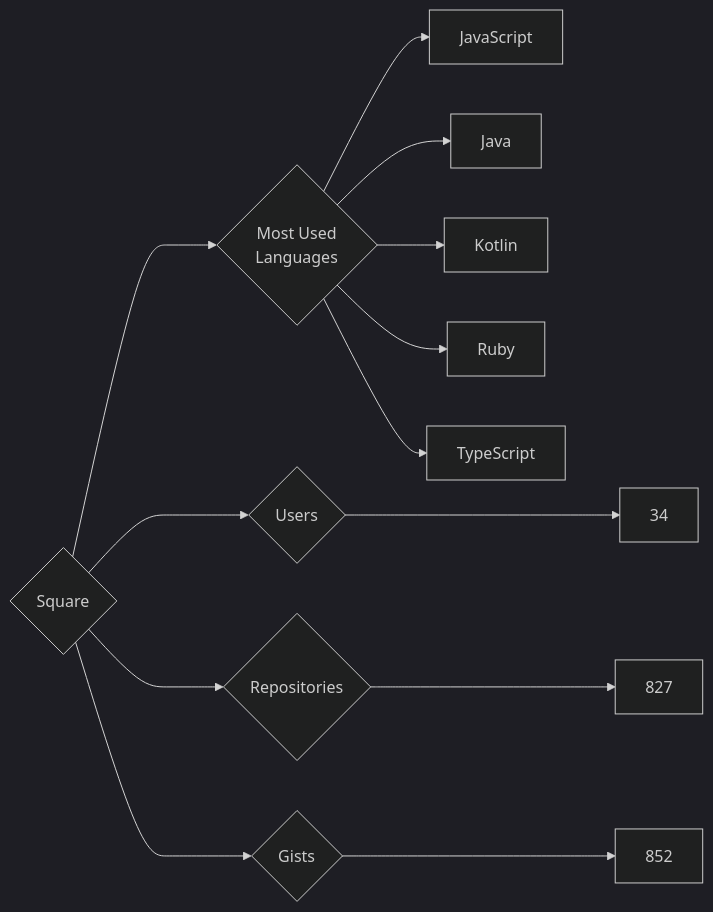
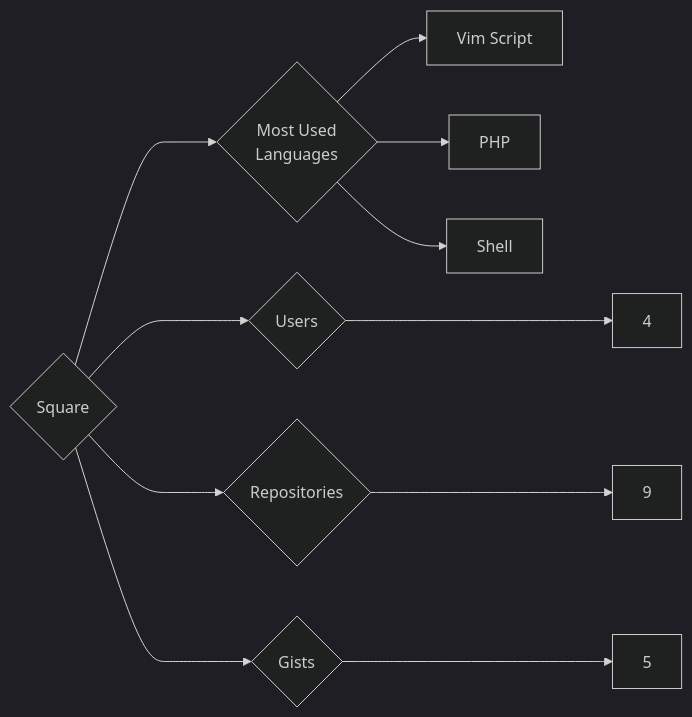
Before and after one commit to trickest/insiders: the diagram in targets/Square/README.md, drawn with Mermaid (dark theme). The commit also changed 1496 other files, not shown here.

````diff
--- a/targets/Square/README.md
+++ b/targets/Square/README.md
@@ -3,13 +3,11 @@
 ```mermaid
 graph LR
 COMPANY_NAME{Square}
-COMPANY_NAME ---> U{Users} ---> UN[34]
-COMPANY_NAME ---> R{Repositories} ---> RN[827]
-COMPANY_NAME ---> G{Gists} ---> GN[852]
+COMPANY_NAME ---> U{Users} ---> UN[4]
+COMPANY_NAME ---> R{Repositories} ---> RN[9]
+COMPANY_NAME ---> G{Gists} ---> GN[5]
 COMPANY_NAME ---> ML{Most Used<br>Languages}
-ML --> JavaScript[JavaScript]
-ML --> Java[Java]
-ML --> Kotlin[Kotlin]
-ML --> Ruby[Ruby]
-ML --> TypeScript[TypeScript]
+ML --> Vim_Script[Vim Script]
+ML --> PHP[PHP]
+ML --> Shell[Shell]
 ```
````
